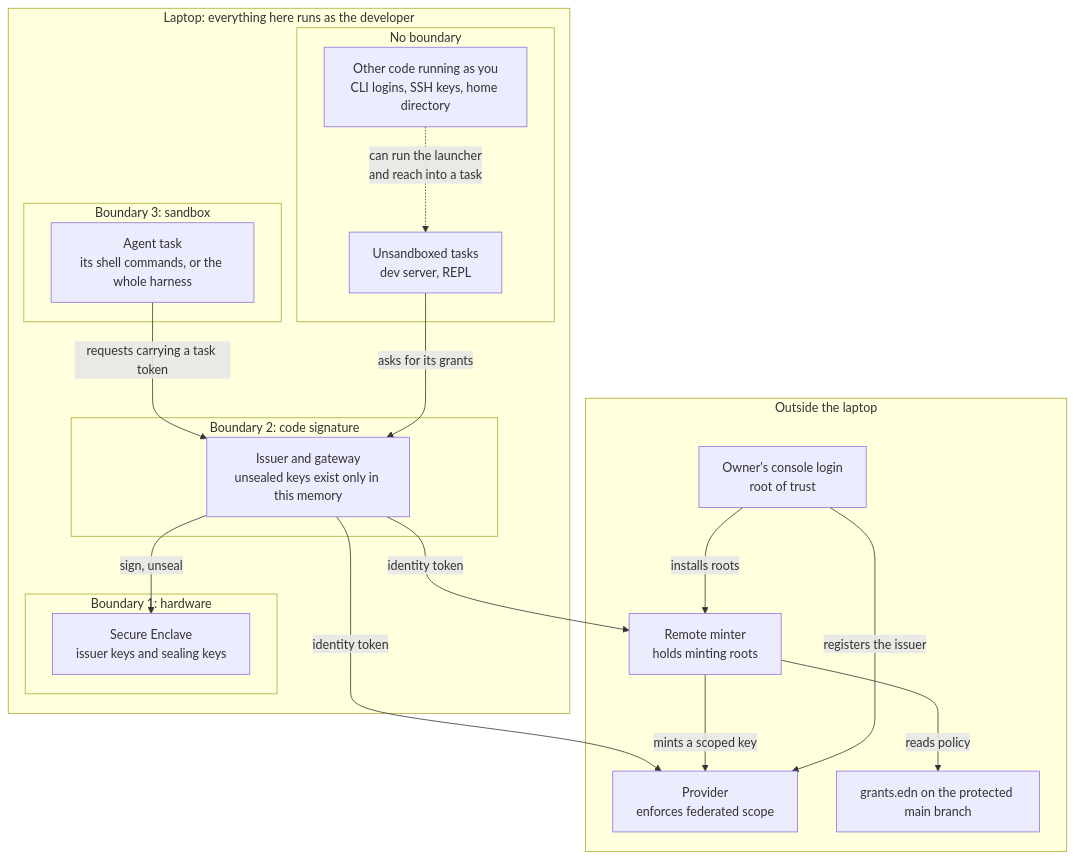
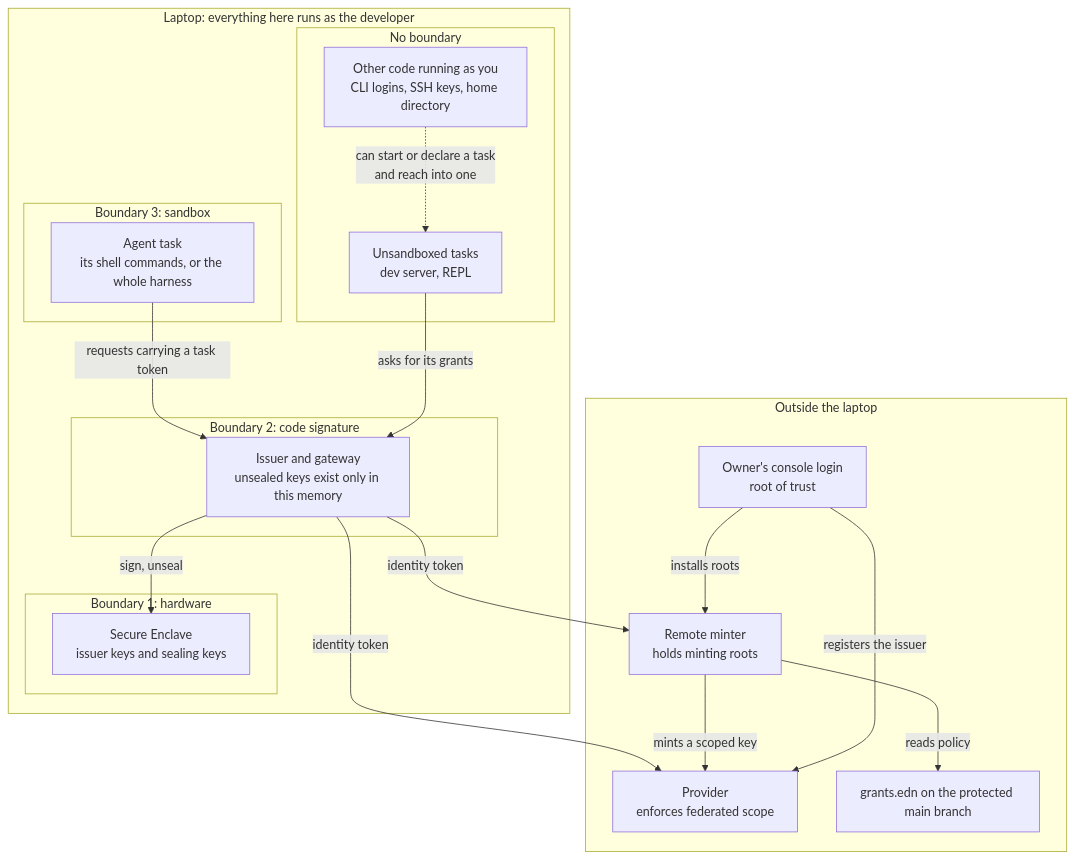
One commit to kirahowe/grants changed the second of 5 diagrams in doc/threat-model.md. Above: the diagram before and after it, drawn with Mermaid. The commit also changed other lines of this file and 1 other file, not shown here.

First line of the commit message:
Let unsandboxed processes declare their own task

````diff
--- a/doc/threat-model.md
+++ b/doc/threat-model.md
@@ -50,34 +50,34 @@
 ```mermaid
 flowchart TB
     subgraph outside["Outside the laptop"]
         OWN["Owner's console login<br/>root of trust"]
         PROV["Provider<br/>enforces federated scope"]
         MIN["Remote minter<br/>holds minting roots"]
         MAIN["grants.edn on the protected main branch"]
     end
     subgraph laptop["Laptop: everything here runs as the developer"]
         subgraph hw["Boundary 1: hardware"]
             SE["Secure Enclave<br/>issuer keys and sealing keys"]
         end
         subgraph signed["Boundary 2: code signature"]
             ISS["Issuer and gateway<br/>unsealed keys exist only in this memory"]
         end
         subgraph sandbox["Boundary 3: sandbox"]
             AG["Agent task<br/>its shell commands, or the whole harness"]
         end
         subgraph nob["No boundary"]
             TASK["Unsandboxed tasks<br/>dev server, REPL"]
             AMB["Other code running as you<br/>CLI logins, SSH keys, home directory"]
         end
     end
     ISS -->|"sign, unseal"| SE
     AG -->|"requests carrying a task token"| ISS
     TASK -->|"asks for its grants"| ISS
-    AMB -.->|"can run the launcher<br/>and reach into a task"| TASK
+    AMB -.->|"can start or declare a task<br/>and reach into one"| TASK
     ISS -->|"identity token"| PROV
     ISS -->|"identity token"| MIN
     MIN -->|"reads policy"| MAIN
     MIN -->|"mints a scoped key"| PROV
     OWN -->|"registers the issuer"| PROV
     OWN -->|"installs roots"| MIN
 ```
````
